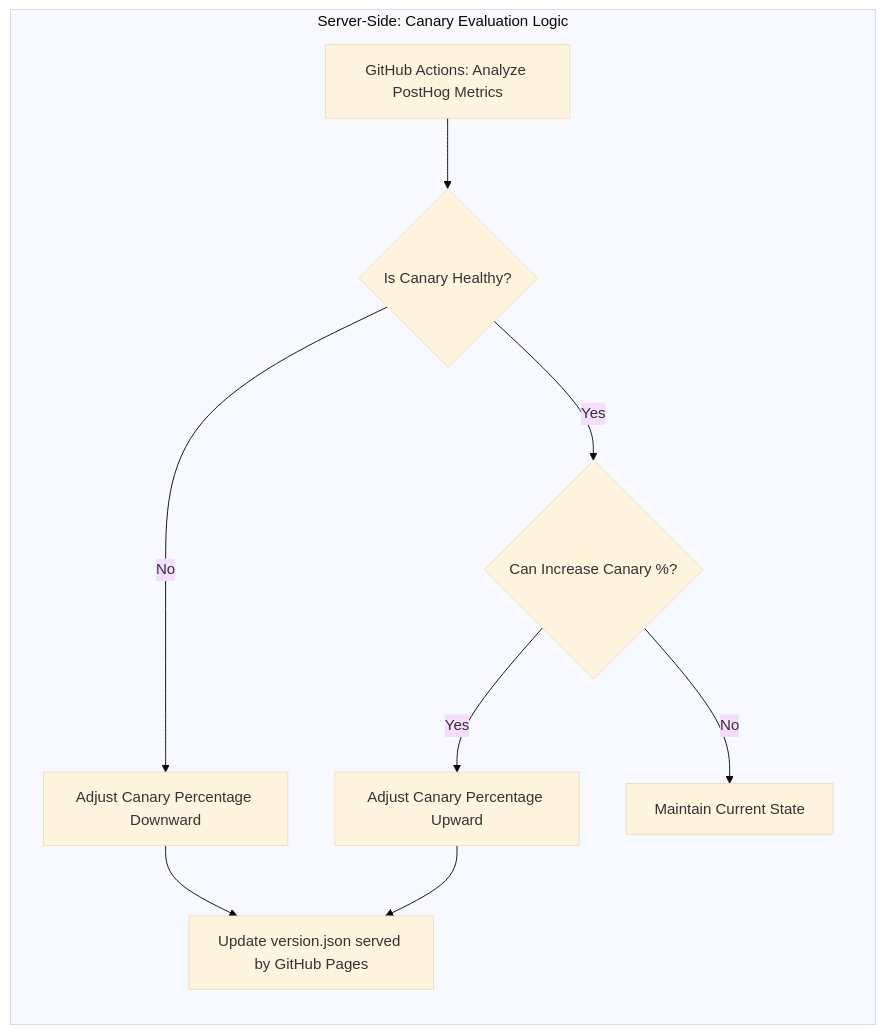
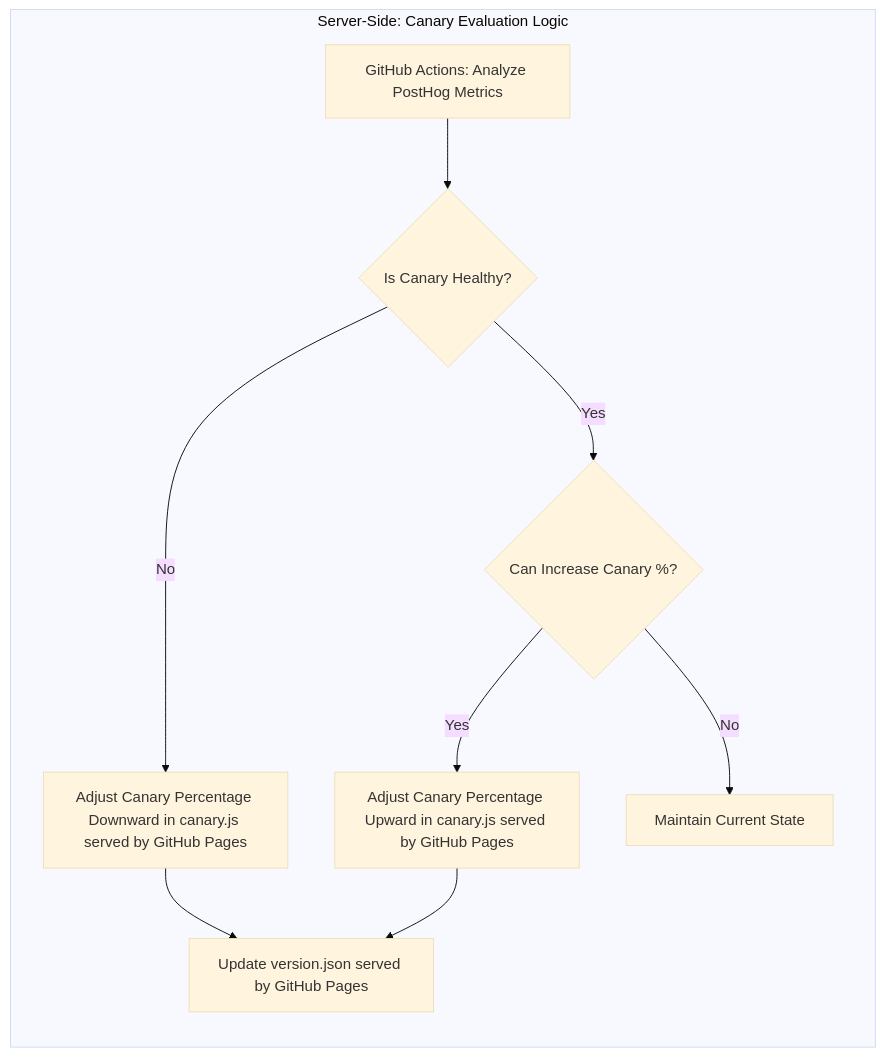
One commit to lloydchang/client-side-canary-deployment changed the second of 4 diagrams in README.md. Above: the diagram before and after it, drawn with Mermaid (base theme).

````diff
--- a/README.md
+++ b/README.md
@@ -34,13 +34,13 @@
 ```mermaid
 graph LR
     subgraph Server-Side: Canary Evaluation Logic
         L[GitHub Actions: Analyze PostHog Metrics]
         L --> M{Is Canary Healthy?}
-        M -->|No| N[Adjust Canary Percentage Downward]
+        M -->|No| N[Adjust Canary Percentage Downward in canary.js served by GitHub Pages]
         M -->|Yes| O{Can Increase Canary %?}
-        O -->|Yes| P[Adjust Canary Percentage Upward]
+        O -->|Yes| P[Adjust Canary Percentage Upward in canary.js served by GitHub Pages]
         O -->|No| Q[Maintain Current State]
         N --> R[Update version.json served by GitHub Pages]
         P --> R
     end
 ```
````
